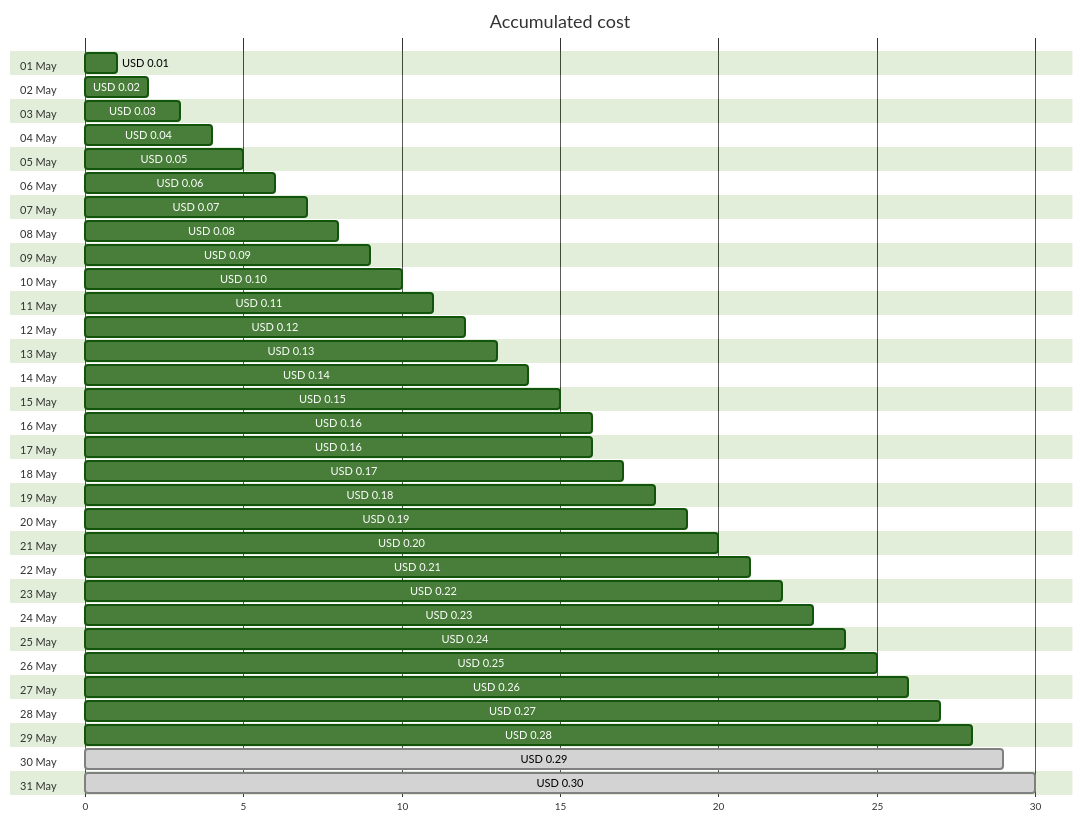
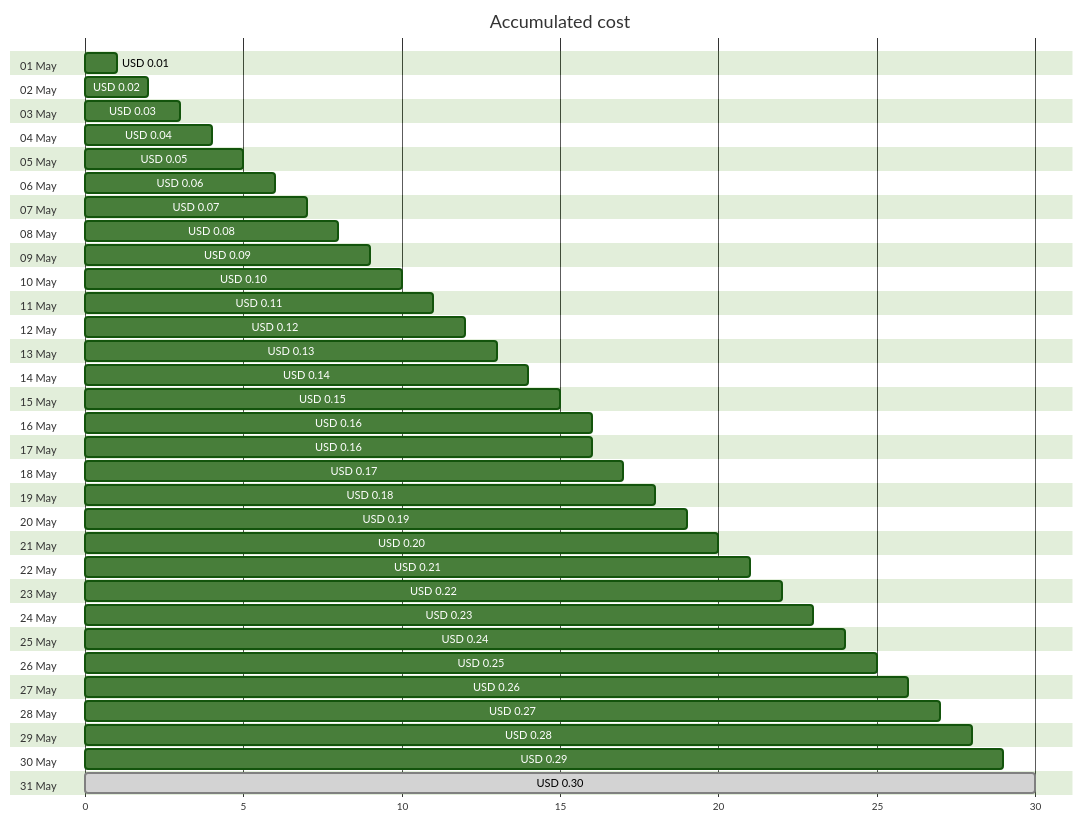
The first of 4 diagrams in cost-reports/cloud-shell-storage-eastus/README.md (jpfulton/azure-personal-reports), drawn with Mermaid (forest theme) before and after one commit. The commit also changed other lines of this file and 1 other file, not shown here.

````diff
--- a/cost-reports/cloud-shell-storage-eastus/README.md
+++ b/cost-reports/cloud-shell-storage-eastus/README.md
@@ -20,68 +20,68 @@
 ```mermaid
 gantt
    title Accumulated cost
    dateFormat  X
    axisFormat %s
    section 01 May
    USD 0.01 :0, 1
    section 02 May
    USD 0.02 :0, 2
    section 03 May
    USD 0.03 :0, 3
    section 04 May
    USD 0.04 :0, 4
    section 05 May
    USD 0.05 :0, 5
    section 06 May
    USD 0.06 :0, 6
    section 07 May
    USD 0.07 :0, 7
    section 08 May
    USD 0.08 :0, 8
    section 09 May
    USD 0.09 :0, 9
    section 10 May
    USD 0.10 :0, 10
    section 11 May
    USD 0.11 :0, 11
    section 12 May
    USD 0.12 :0, 12
    section 13 May
    USD 0.13 :0, 13
    section 14 May
    USD 0.14 :0, 14
    section 15 May
    USD 0.15 :0, 15
    section 16 May
    USD 0.16 :0, 16
    section 17 May
    USD 0.16 :0, 16
    section 18 May
    USD 0.17 :0, 17
    section 19 May
    USD 0.18 :0, 18
    section 20 May
    USD 0.19 :0, 19
    section 21 May
    USD 0.20 :0, 20
    section 22 May
    USD 0.21 :0, 21
    section 23 May
    USD 0.22 :0, 22
    section 24 May
    USD 0.23 :0, 23
    section 25 May
    USD 0.24 :0, 24
    section 26 May
    USD 0.25 :0, 25
    section 27 May
    USD 0.26 :0, 26
    section 28 May
    USD 0.27 :0, 27
    section 29 May
    USD 0.28 :0, 28
    section 30 May
-   USD 0.29 : done, 0, 29
+   USD 0.29 :0, 29
    section 31 May
    USD 0.30 : done, 0, 30
 ```
````
